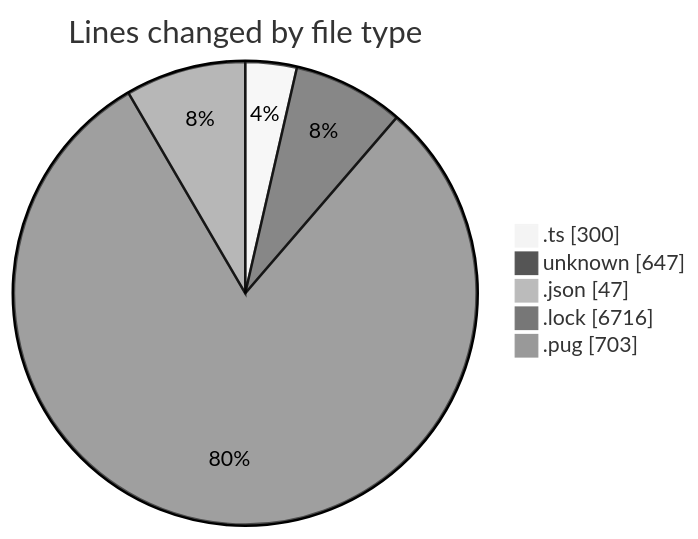
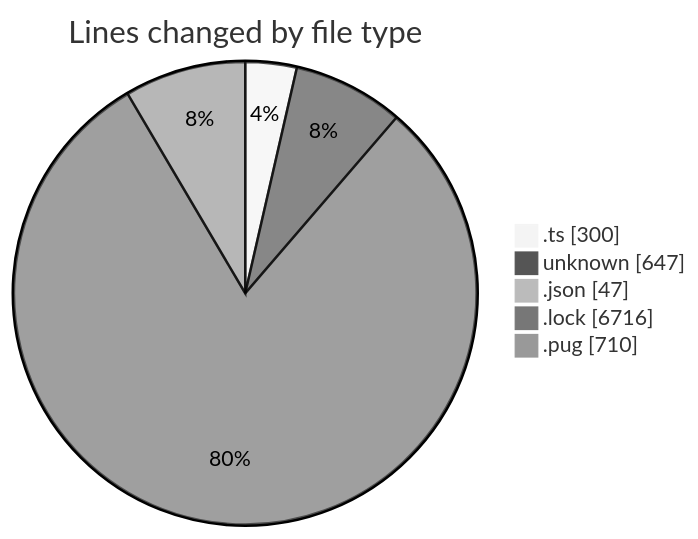
One commit to momahboobian/code-tracking changed the first of 2 diagrams in 2026-05-22/cda/README.md. Above: the diagram before and after it, drawn with Mermaid (neutral theme). The commit also changed other lines of this file and 1 other file, not shown here.

````diff
--- a/2026-05-22/cda/README.md
+++ b/2026-05-22/cda/README.md
@@ -28,9 +29,9 @@
 ```mermaid
 pie showData
 title Lines changed by file type
 ".ts" : 300
 "unknown" : 647
 ".json" : 47
 ".lock" : 6716
-".pug" : 703
+".pug" : 710
 ```
````
